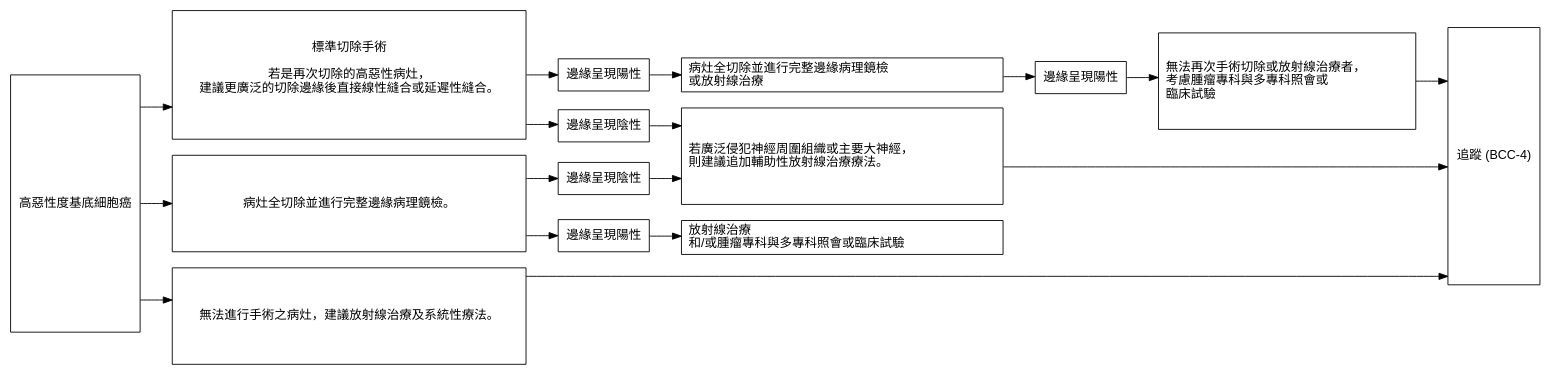
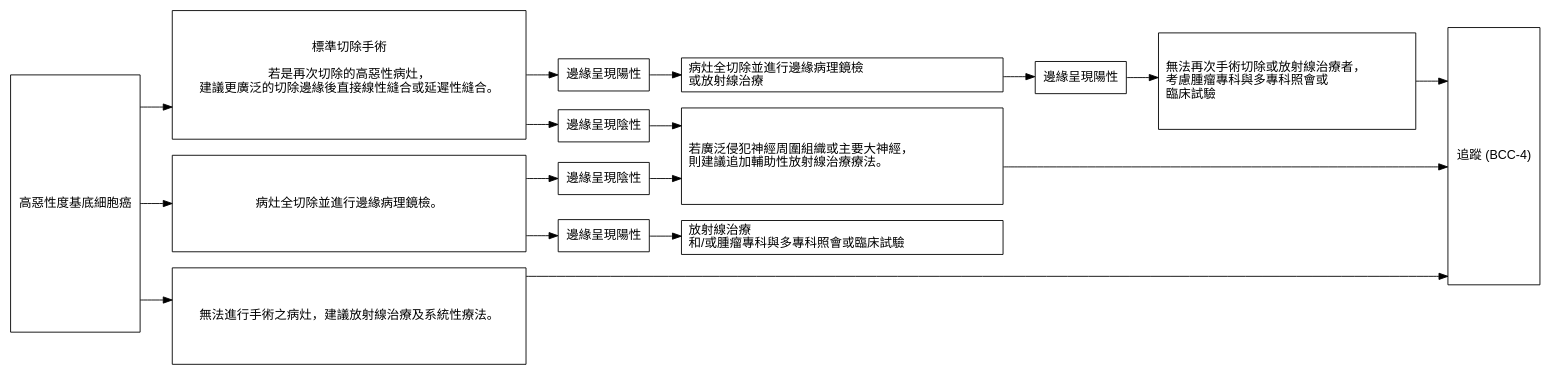
Before and after one commit to gnayyc/SkinCancerGuidelineDiagram: the diagram in BCC.3.gv, drawn with Graphviz. The commit also changed 4 other files, not shown here.

```diff
--- a/BCC.3.gv
+++ b/BCC.3.gv
@@ -1,36 +1,36 @@
 digraph {
   graph [rankdir = LR; splines=ortho; overlap=false]
   node [shape = box, fontname = Helvetica]
 
   high -> {tx1 tx2 tx3}
     tx1 -> tx2 -> tx3 [style=invis]
           tx1 -> {bo1 bo2}
-                bo1 -> tx21 
+                bo1 -> tx21
                 bo2 -> tx11 -> bo21 -> tx12 -> fu
           tx2 -> {bo3 bo4}
                 bo3 -> tx21 -> fu
-                bo4 -> tx22 
+                bo4 -> tx22
           tx3 -> fu
-  
+
   high [label = 高惡性度基底細胞癌; height = 4]
   tx1 [label = "標準切除手術\n
 若是再次切除的高惡性病灶，\n建議更廣泛的切除邊緣後直接線性縫合或延遲性縫合。\n
 "; width = 5.5; height=2]
-  tx11 [label = "病灶全切除並進行完整邊緣病理鏡檢\l或放射線治療\l"; width = 5]
+  tx11 [label = "病灶全切除並進行邊緣病理鏡檢\l或放射線治療\l"; width = 5]
   tx12 [label = "無法再次手術切除或放射線治療者，\l考慮腫瘤專科與多專科照會或\l臨床試驗\l"; width = 4; height=1.5]
-  tx2 [label = 病灶全切除並進行完整邊緣病理鏡檢。; width = 5.5; height=1.5]
+  tx2 [label = 病灶全切除並進行邊緣病理鏡檢。; width = 5.5; height=1.5]
   tx21 [label = "若廣泛侵犯神經周圍組織或主要大神經，\l則建議追加輔助性放射線治療療法。\l"; width=5; height=1.5]
   tx22 [label = "放射線治療\l和/或腫瘤專科與多專科照會或臨床試驗\l"; width=5]
   tx3 [label = 無法進行手術之病灶，建議放射線治療及系統性療法。; width = 5.5; height=1.5]
   fu [label = "追蹤 (BCC-4)"; height = 4]
 
   {rank = same; tx1; tx2; tx3}
   {rank = same; bo1; bo2; bo3; bo4}
-  
+
   bo1 [label = 邊緣呈現陰性]
   bo2 [label = 邊緣呈現陽性]
   bo21 [label = 邊緣呈現陽性]
   bo3 [label = 邊緣呈現陰性]
   bo4 [label = 邊緣呈現陽性]
 
 }
```
